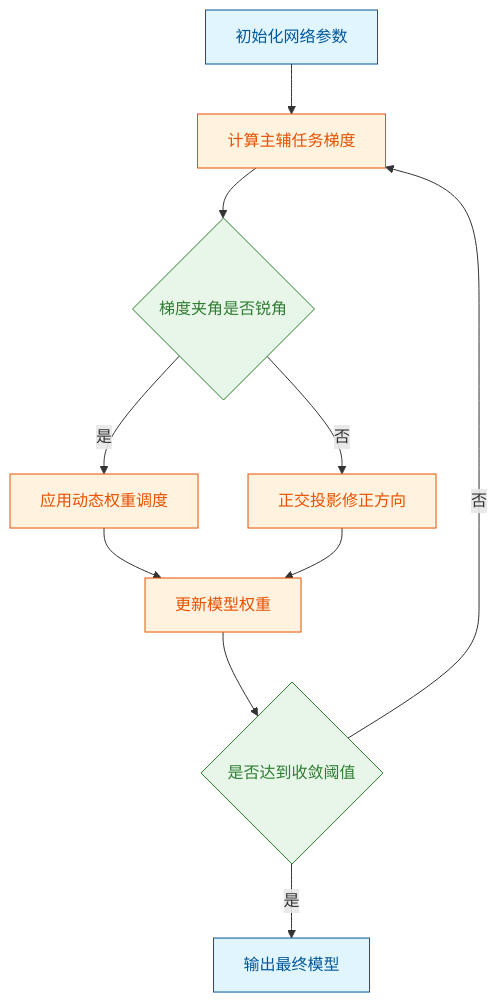
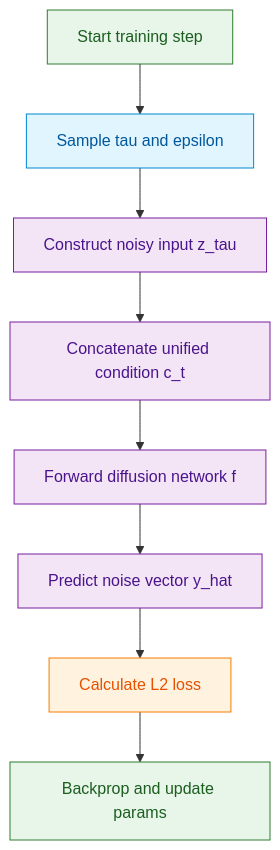
One commit to ShinewineW/paper-rolling changed the fourth of 11 diagrams in person_vault/2026-06-08_DrivingIntoTheFuture_2311.17918/report.md. Above: the diagram before and after it, drawn with Mermaid. The commit also changed other lines of this file and 51 other files, not shown here.

````diff
--- a/person_vault/2026-06-08_DrivingIntoTheFuture_2311.17918/report.md
+++ b/person_vault/2026-06-08_DrivingIntoTheFuture_2311.17918/report.md
@@ -204,17 +245,17 @@
 ```mermaid
 flowchart TD
-    classDef startend fill:#e1f5fe,stroke:#01579b,color:#01579b;
-    classDef process fill:#fff3e0,stroke:#e65100,color:#e65100;
-    classDef decision fill:#e8f5e9,stroke:#2e7d32,color:#2e7d32;
-    classDef data fill:#f3e5f5,stroke:#7b1fa2,color:#7b1fa2;
-
-    init["初始化网络参数"]:::startend --> calc_grad["计算主辅任务梯度"]:::process
-    calc_grad --> check_conflict{梯度夹角是否锐角}:::decision
-    check_conflict -- 是 --> apply_weight["应用动态权重调度"]:::process
-    check_conflict -- 否 --> project_orth["正交投影修正方向"]:::process
-    apply_weight --> update_param["更新模型权重"]:::process
-    project_orth --> update_param
-    update_param --> check_converge{是否达到收敛阈值}:::decision
-    check_converge -- 否 --> calc_grad
-    check_converge -- 是 --> output_model["输出最终模型"]:::startend
+    classDef data fill:#e1f5fe,color:#01579b,stroke:#0288d1
+    classDef proc fill:#f3e5f5,color:#4a148c,stroke:#7b1fa2
+    classDef loss fill:#fff3e0,color:#e65100,stroke:#f57c00
+    
+    start_round["Start training step"]:::proc --> sample_tau_eps["Sample tau and epsilon"]:::data
+    sample_tau_eps --> construct_noisy["Construct noisy input z_tau"]:::proc
+    construct_noisy --> concat_cond["Concatenate unified condition c_t"]:::proc
+    concat_cond --> forward_net["Forward diffusion network f"]:::proc
+    forward_net --> predict_noise["Predict noise vector y_hat"]:::proc
+    predict_noise --> calc_mse["Calculate L2 loss"]:::loss
+    calc_mse --> backprop["Backprop and update params"]:::proc
+    
+    style start_round fill:#e8f5e9,color:#1b5e20,stroke:#2e7d32
+    style backprop fill:#e8f5e9,color:#1b5e20,stroke:#2e7d32
 ```
````
